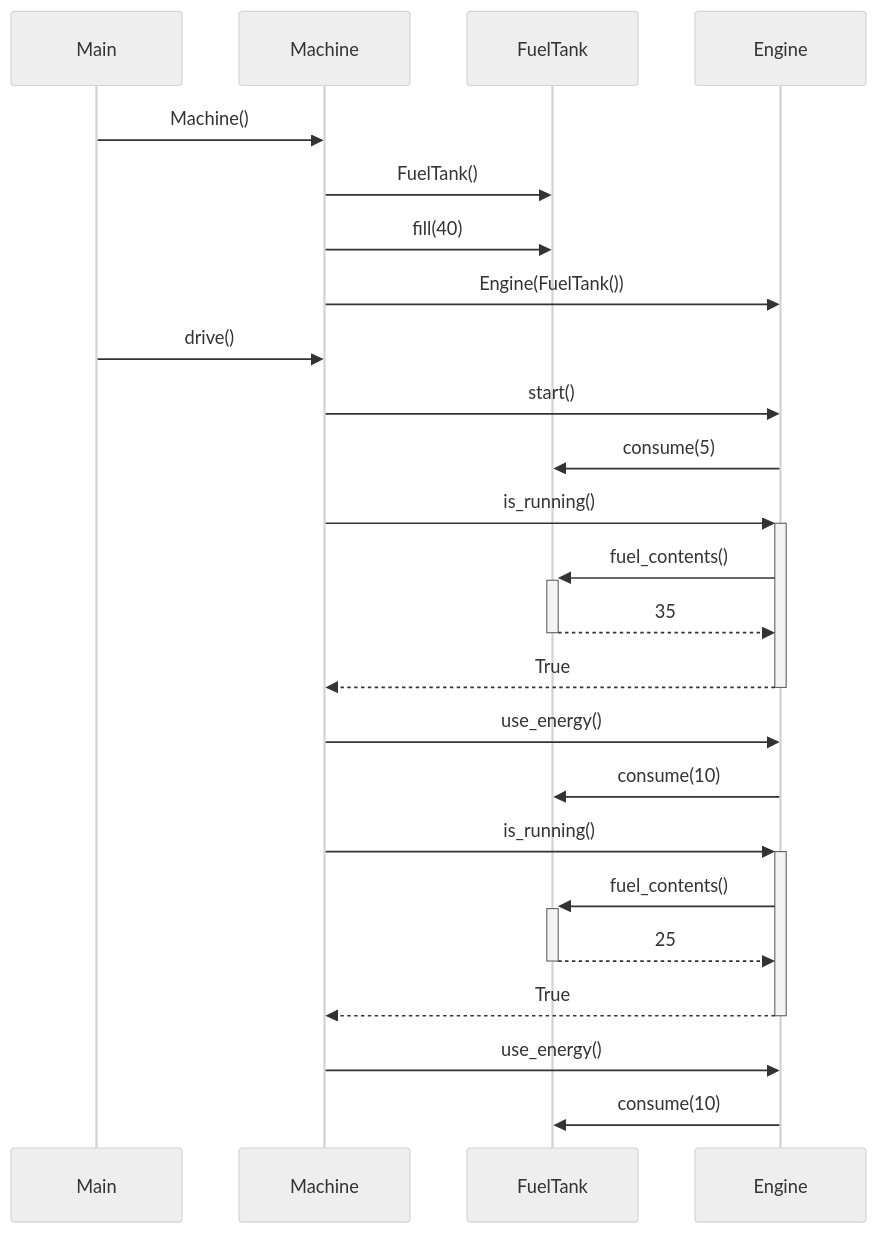
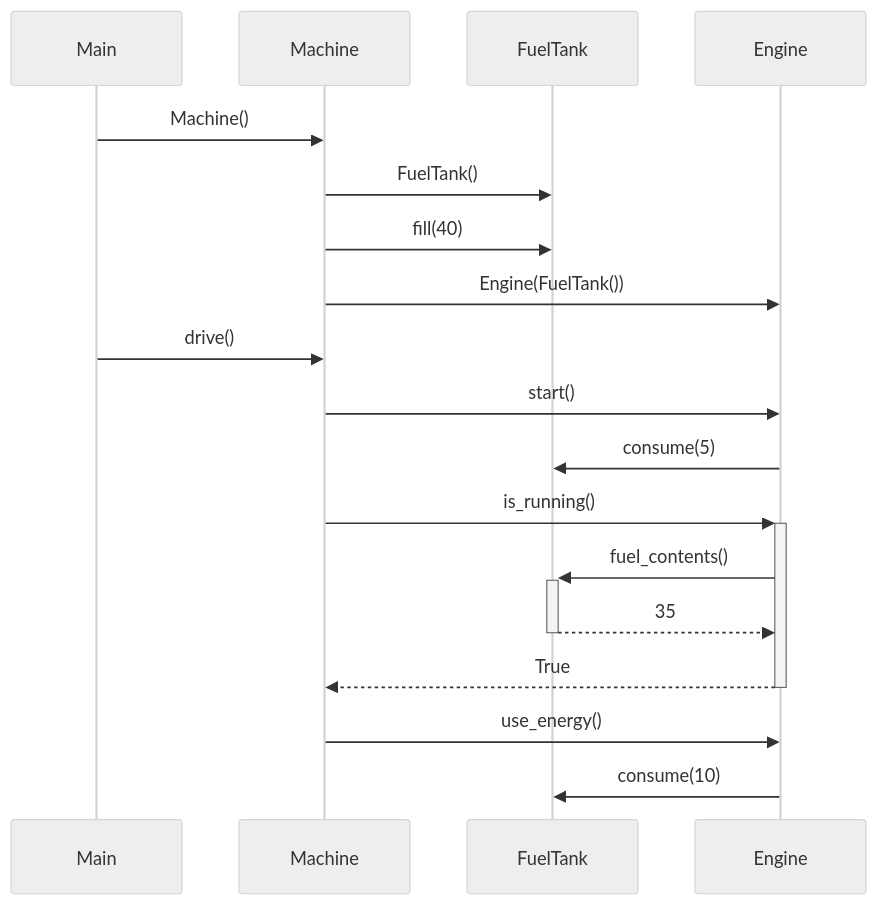
Before and after one commit to phuvio/ot-harjoitustyo: the diagram in laskarit/viikko3/sekvenssikaavio.md, drawn with Mermaid (neutral theme).

````diff
--- a/laskarit/viikko3/sekvenssikaavio.md
+++ b/laskarit/viikko3/sekvenssikaavio.md
@@ -3,27 +3,21 @@
 ```mermaid
  sequenceDiagram
    participant P as Main
    participant M as Machine
    participant F as FuelTank
    participant E as Engine
    P->>M: Machine()
    M->>F: FuelTank()
    M->>F: fill(40)
    M->>E: Engine(FuelTank())
    P->>M: drive()
    M->>E: start()
    E->>F: consume(5)
    M->>+E: is_running()
    E->>+F:fuel_contents()
    F-->>-E: 35
    E-->>-M: True
    M->>E: use_energy()
    E->>F: consume(10)
-   M->>+E: is_running()
-   E->>+F:fuel_contents()
-   F-->>-E: 25
-   E-->>-M: True
-   M->>E: use_energy()
-   E->>F: consume(10)
 
 ```
````
